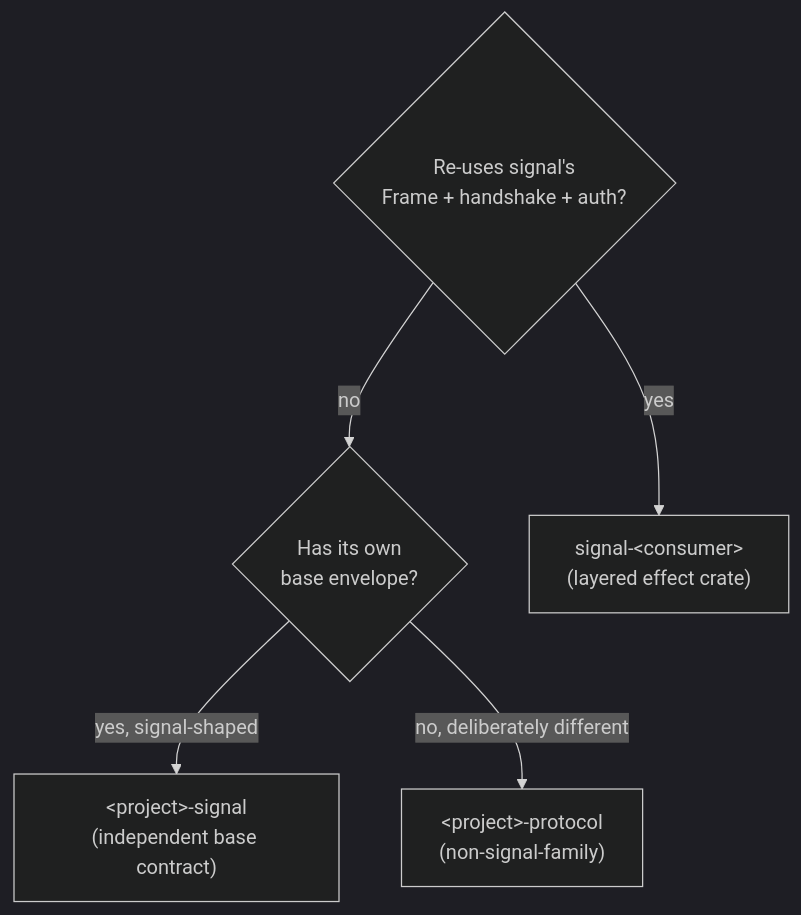
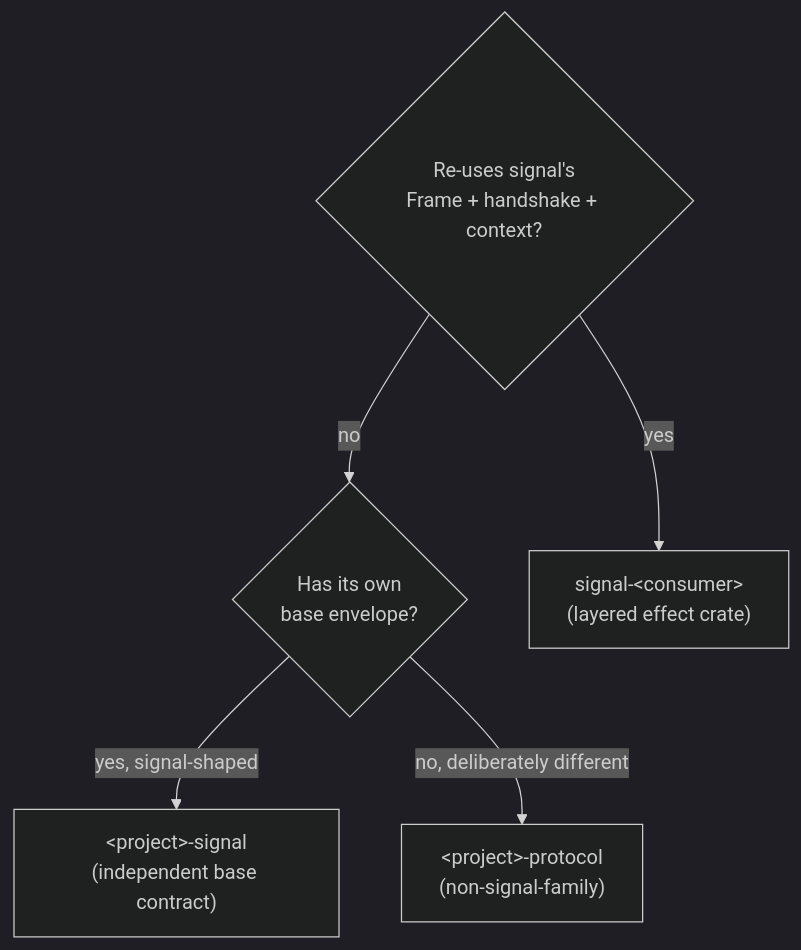
Before and after one commit to LiGoldragon/primary: the fourth of 4 diagrams in skills/contract-repo.md, drawn with Mermaid (dark theme). The commit also changed other lines of this file, not shown here.

Commit message:
tighten contract repo auth context wording

````diff
--- a/skills/contract-repo.md
+++ b/skills/contract-repo.md
@@ -533,13 +554,13 @@
 ```mermaid
 flowchart TD
-    q1{"Re-uses signal's<br/>Frame + handshake + auth?"}
+    q1{"Re-uses signal's<br/>Frame + handshake + context?"}
     q2{"Has its own<br/>base envelope?"}
     layered["signal-&lt;consumer&gt;<br/>(layered effect crate)"]
     base["&lt;project&gt;-signal<br/>(independent base contract)"]
     other["&lt;project&gt;-protocol<br/>(non-signal-family)"]
 
     q1 -->|yes| layered
     q1 -->|no| q2
     q2 -->|yes, signal-shaped| base
     q2 -->|no, deliberately different| other
 ```
````
